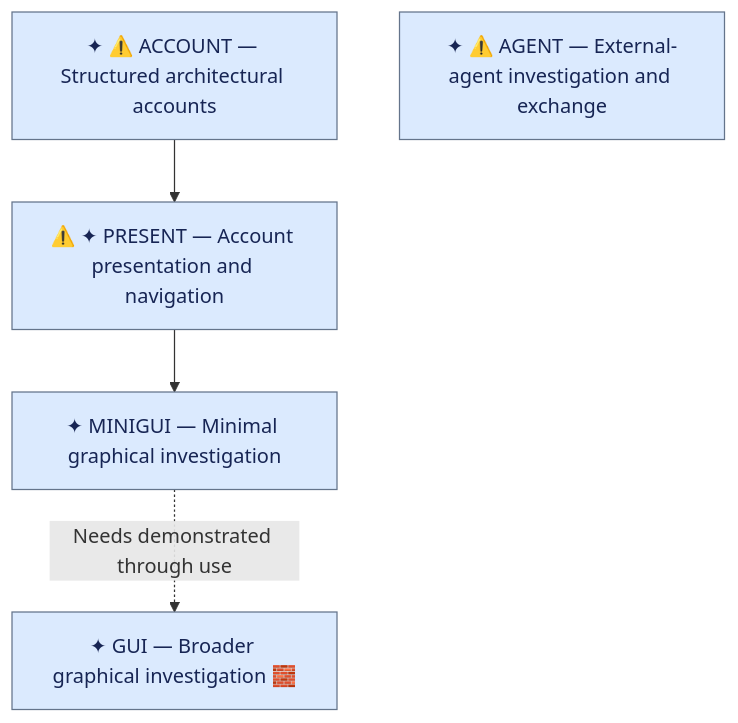
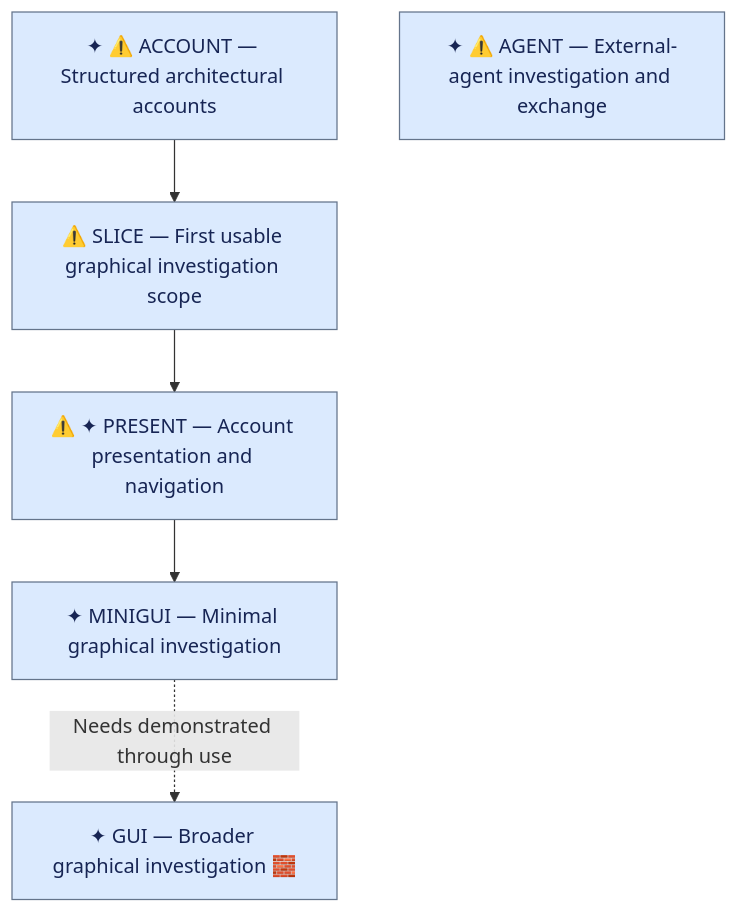
Before and after one commit to ronen/postcode: the diagram in notes/upcoming-work.md, drawn with Mermaid. The commit also changed other lines of this file, not shown here.

Commit message:
Separate account validation from first graphical offering selection

````diff
--- a/notes/upcoming-work.md
+++ b/notes/upcoming-work.md
@@ -75,9 +75,10 @@
 ```mermaid
 flowchart TD
-    ACCOUNT["✦ ⚠️ ACCOUNT — Structured architectural accounts"] --> PRESENT["⚠️ ✦ PRESENT — Account presentation and navigation"]
+    ACCOUNT["✦ ⚠️ ACCOUNT — Structured architectural accounts"] --> SLICE["⚠️ SLICE — First usable graphical investigation scope"]
+    SLICE --> PRESENT["⚠️ ✦ PRESENT — Account presentation and navigation"]
     PRESENT --> MINIGUI["✦ MINIGUI — Minimal graphical investigation"]
     MINIGUI -. Needs demonstrated through use .-> GUI["✦ GUI — Broader graphical investigation 🧱"]
     AGENT["✦ ⚠️ AGENT — External-agent investigation and exchange"]
 
     classDef default fill:#dbeafe,stroke:#64748b,color:#172554
 ```
````
